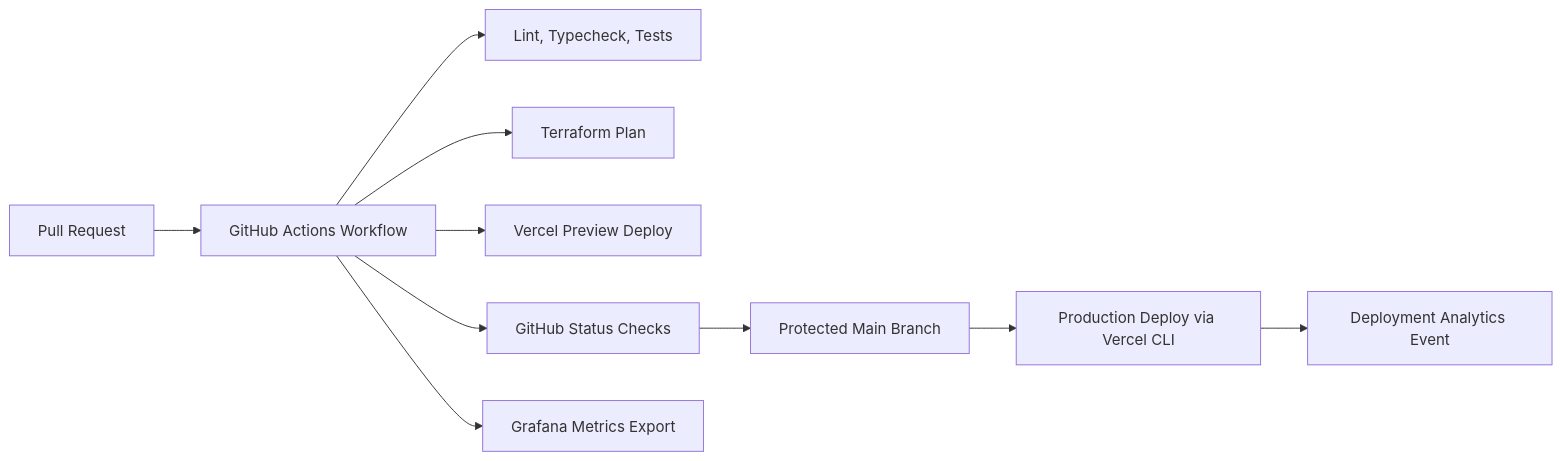
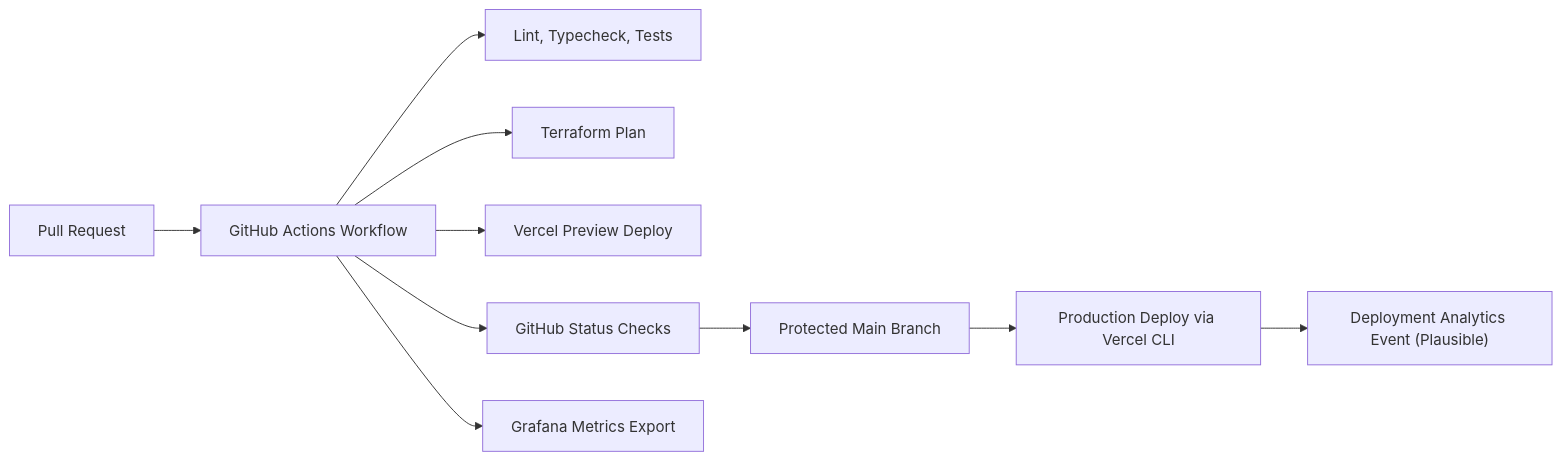
One commit to marcelkenner/clarivum changed the diagram in docs/diagrams/adr-016-ci-cd-platform/architecture-overview.mmd. Above: the diagram before and after it, drawn with Mermaid. The commit also changed 64 other files, not shown here.

````diff
--- a/docs/diagrams/adr-016-ci-cd-platform/architecture-overview.mmd
+++ b/docs/diagrams/adr-016-ci-cd-platform/architecture-overview.mmd
@@ -1,12 +1,12 @@
 ```mermaid
 flowchart LR
     DeveloperPR["Pull Request"] --> GitHubActions["GitHub Actions Workflow"]
     GitHubActions --> Checks["Lint, Typecheck, Tests"]
     GitHubActions --> TerraformPlan["Terraform Plan"]
     GitHubActions --> VercelPreview["Vercel Preview Deploy"]
     GitHubActions --> StatusChecks["GitHub Status Checks"]
     GitHubActions --> Observability["Grafana Metrics Export"]
     StatusChecks --> MergeGate["Protected Main Branch"]
     MergeGate --> ProdDeploy["Production Deploy via Vercel CLI"]
-    ProdDeploy --> PostHog["Deployment Analytics Event"]
+    ProdDeploy --> Plausible["Deployment Analytics Event (Plausible)"]
 ```
````
